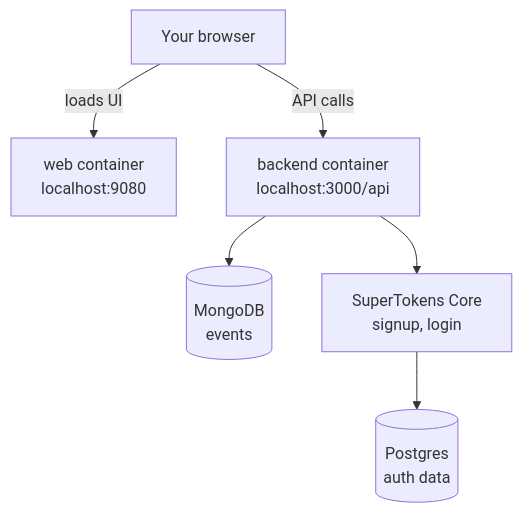
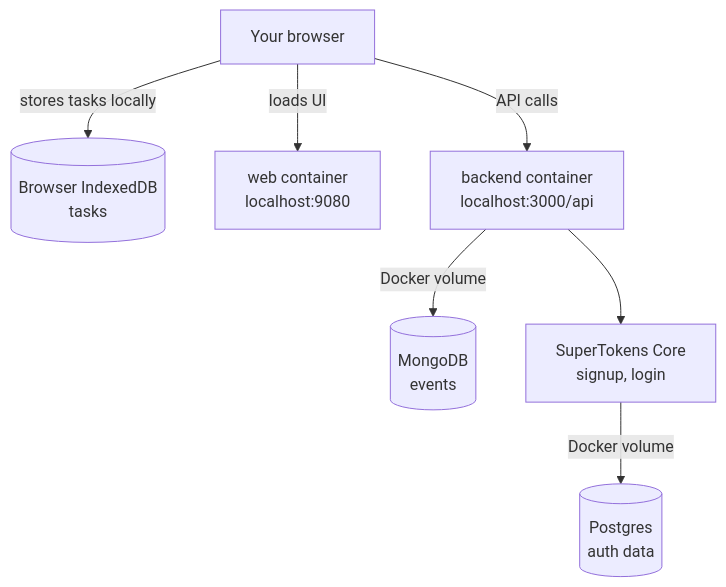
One commit to SwitchbackTech/compass changed the diagram in docs/self-hosting/README.md. Above: the diagram before and after it, drawn with Mermaid. The commit also changed other lines of this file, not shown here.

Commit message:
docs: update self-hosting diagram to include IndexedDB for task storage

````diff
--- a/docs/self-hosting/README.md
+++ b/docs/self-hosting/README.md
@@ -11,15 +11,17 @@
 ```mermaid
 flowchart TD
     browser[Your browser]
+    indexeddb[(Browser IndexedDB<br/>tasks)]
     web[web container<br/>localhost:9080]
     backend[backend container<br/>localhost:3000/api]
     mongo[(MongoDB<br/>events)]
     supertokens[SuperTokens Core<br/>signup, login]
     postgres[(Postgres<br/>auth data)]
 
     browser -->|loads UI| web
+    browser -->|stores tasks locally| indexeddb
     browser -->|API calls| backend
-    backend --> mongo
+    backend -->|Docker volume| mongo
     backend --> supertokens
-    supertokens --> postgres
+    supertokens -->|Docker volume| postgres
 ```
````
